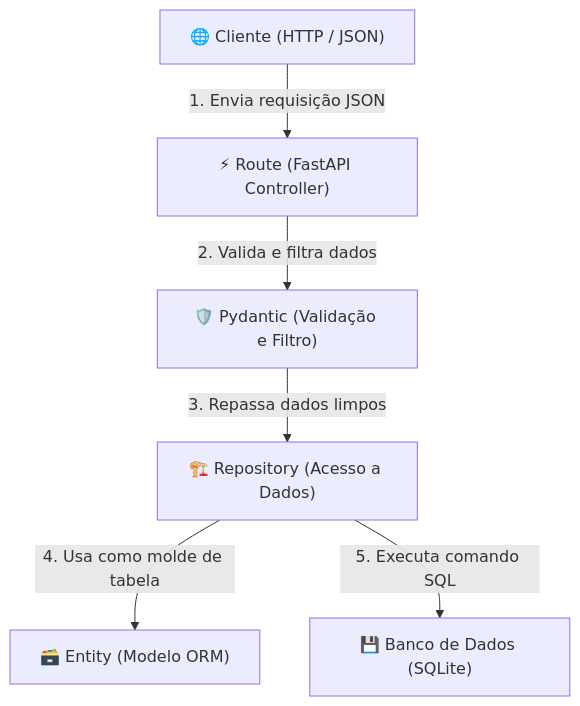
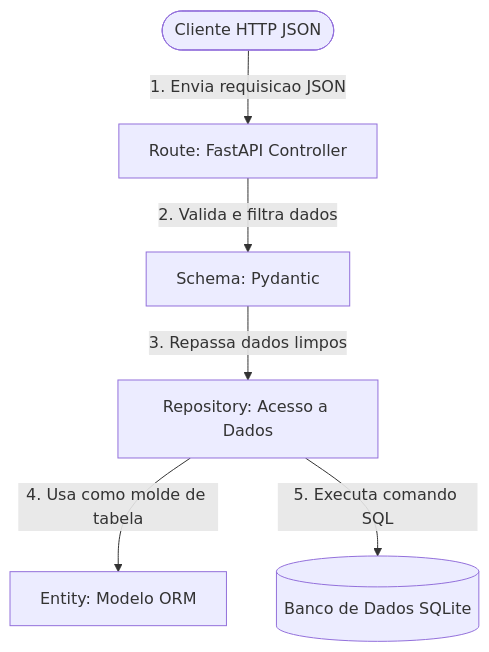
Before and after one commit to bercezar/desafio-bagaggio: the diagram in README.md, drawn with Mermaid.

````diff
--- a/README.md
+++ b/README.md
@@ -25,15 +25,15 @@
 ```mermaid
 graph TD
-    Client["🌐 Cliente (HTTP / JSON)"]
-    Route["⚡ Route (FastAPI Controller)"]
-    Schema["🛡️ Pydantic (Validação e Filtro)"]
-    Repo["🏗️ Repository (Acesso a Dados)"]
-    Entity["🗃️ Entity (Modelo ORM)"]
-    DB["💾 Banco de Dados (SQLite)"]
+    Client([Cliente HTTP JSON])
+    Route[Route: FastAPI Controller]
+    Schema[Schema: Pydantic]
+    Repo[Repository: Acesso a Dados]
+    Entity[Entity: Modelo ORM]
+    DB[(Banco de Dados SQLite)]
 
-    Client -->|1. Envia requisição JSON| Route
+    Client -->|1. Envia requisicao JSON| Route
     Route -->|2. Valida e filtra dados| Schema
     Schema -->|3. Repassa dados limpos| Repo
     Repo -->|4. Usa como molde de tabela| Entity
     Repo -->|5. Executa comando SQL| DB
 ```
````
